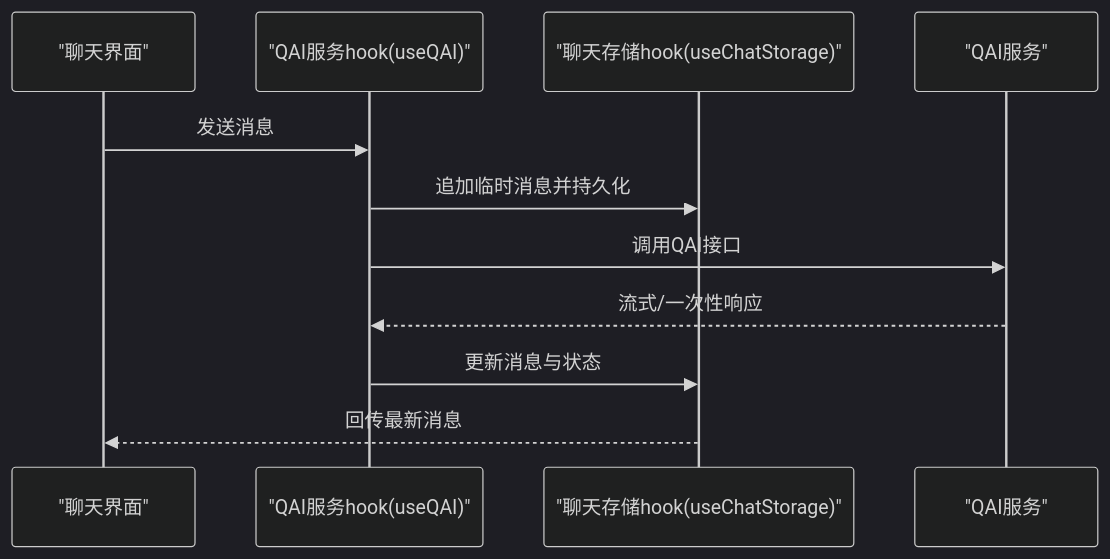
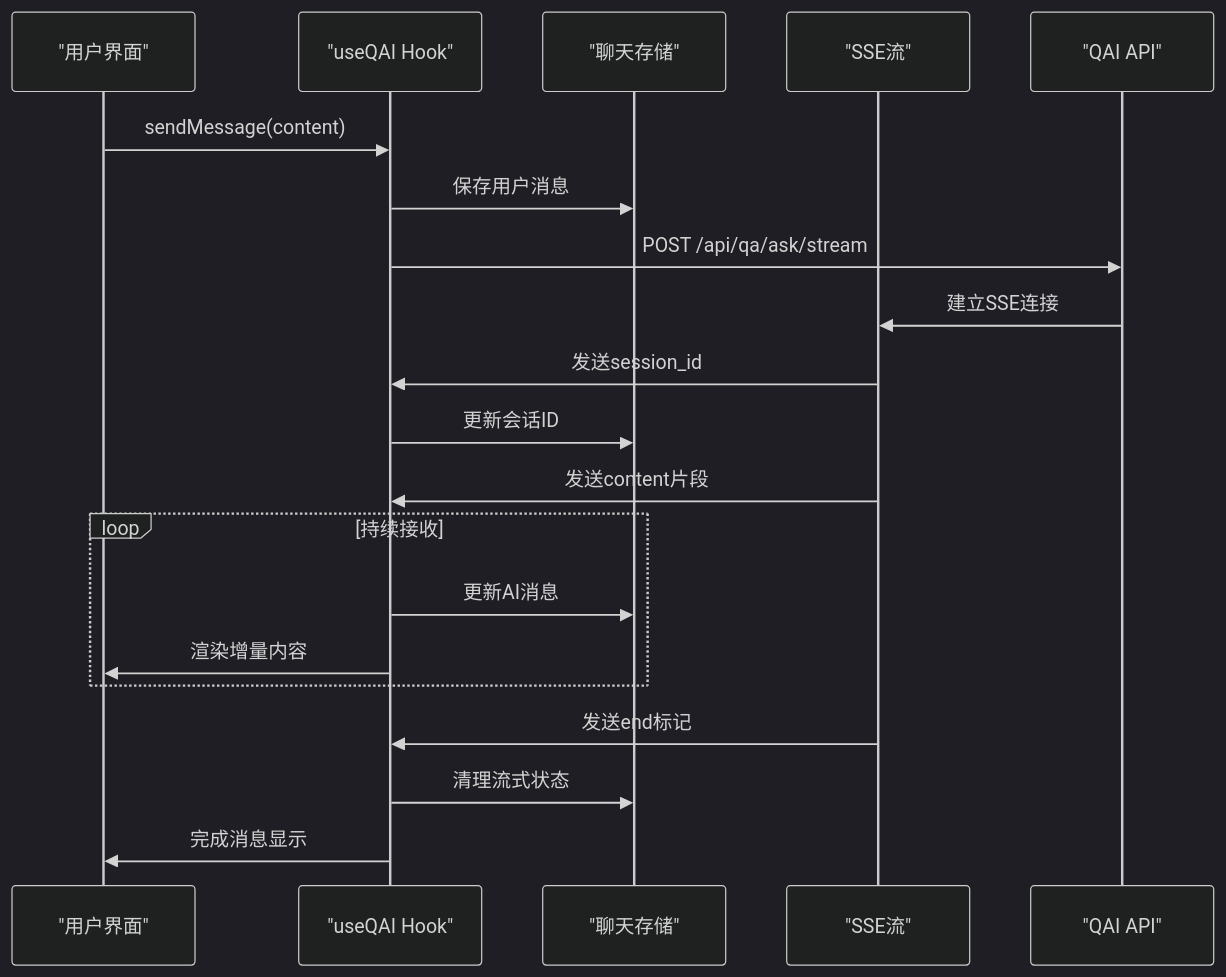
The seventh of 8 diagrams in .qoder/repowiki/zh/content/前端架构/业务模块前端实现/QA模块.md (inier/ontology-graphiti), drawn with Mermaid (dark theme) before and after one commit. The commit also changed other lines of this file and 8 other files, not shown here.

````diff
--- a/.qoder/repowiki/zh/content/前端架构/业务模块前端实现/QA模块.md
+++ b/.qoder/repowiki/zh/content/前端架构/业务模块前端实现/QA模块.md
@@ -227,13 +308,22 @@
 ```mermaid
 sequenceDiagram
-participant UI as "聊天界面"
-participant QAI as "QAI服务hook(useQAI)"
-participant Store as "聊天存储hook(useChatStorage)"
-participant API as "QAI服务"
-UI->>QAI : 发送消息
-QAI->>Store : 追加临时消息并持久化
-QAI->>API : 调用QAI接口
-API-->>QAI : 流式/一次性响应
-QAI->>Store : 更新消息与状态
-Store-->>UI : 回传最新消息
+participant UI as "用户界面"
+participant Hook as "useQAI Hook"
+participant Storage as "聊天存储"
+participant SSE as "SSE流"
+participant API as "QAI API"
+UI->>Hook : sendMessage(content)
+Hook->>Storage : 保存用户消息
+Hook->>API : POST /api/qa/ask/stream
+API->>SSE : 建立SSE连接
+SSE->>Hook : 发送session_id
+Hook->>Storage : 更新会话ID
+SSE->>Hook : 发送content片段
+Loop 持续接收
+Hook->>Storage : 更新AI消息
+Hook->>UI : 渲染增量内容
+end
+SSE->>Hook : 发送end标记
+Hook->>Storage : 清理流式状态
+Hook->>UI : 完成消息显示
 ```
````
